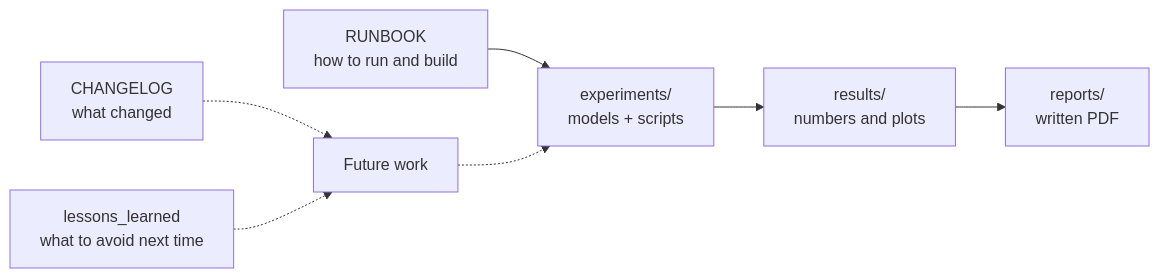
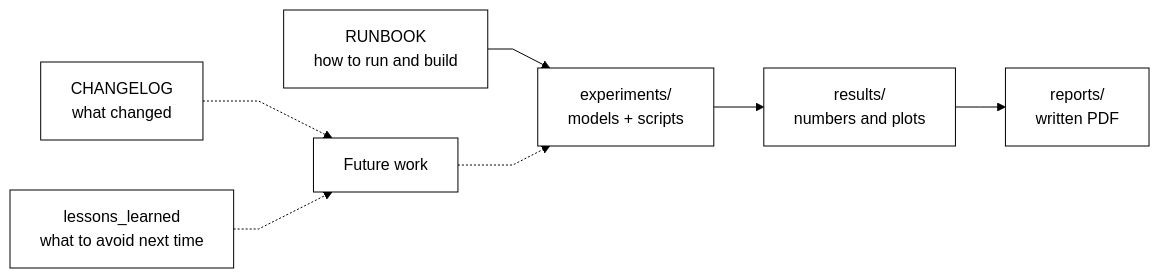
One commit to kunalkushwahatg/Direct-torque-control-of-PMSM-motor changed the diagram in docs/README.md. Above: the diagram before and after it, drawn with Mermaid. The commit also changed 6 other files, not shown here.

Commit message:
Make Mermaid diagrams monochrome with straight edges

````diff
--- a/docs/README.md
+++ b/docs/README.md
@@ -9,10 +9,11 @@
 ```mermaid
+%%{init: {'theme': 'base', 'themeVariables': {'primaryColor': '#ffffff', 'primaryTextColor': '#000000', 'primaryBorderColor': '#000000', 'lineColor': '#000000', 'secondaryColor': '#ffffff', 'tertiaryColor': '#ffffff', 'fontFamily': 'Helvetica'}, 'flowchart': {'curve': 'linear'}} }%%
 flowchart LR
     RB["RUNBOOK<br/>how to run and build"] --> EX["experiments/<br/>models + scripts"]
     EX --> RES["results/<br/>numbers and plots"]
     RES --> REP["reports/<br/>written PDF"]
 
     CL["CHANGELOG<br/>what changed"] -.-> FW["Future work"]
     LL["lessons_learned<br/>what to avoid next time"] -.-> FW
     FW -.-> EX
 ```
````
